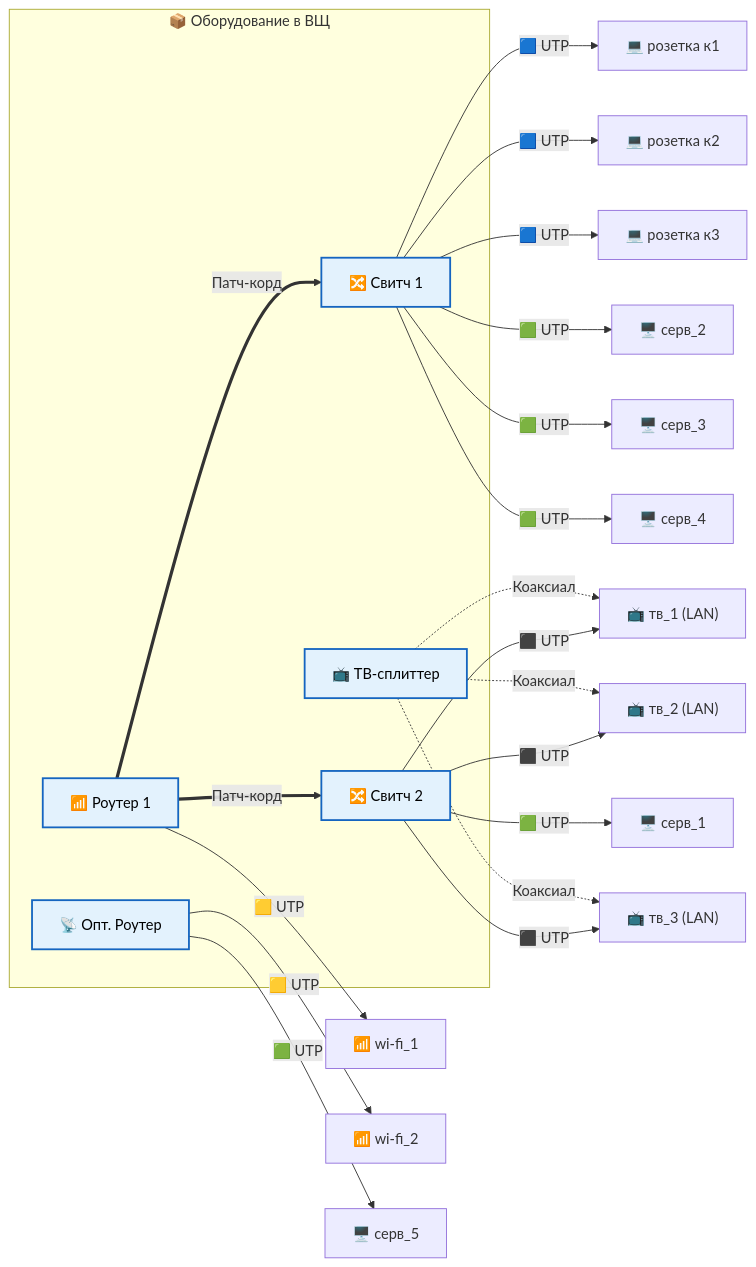
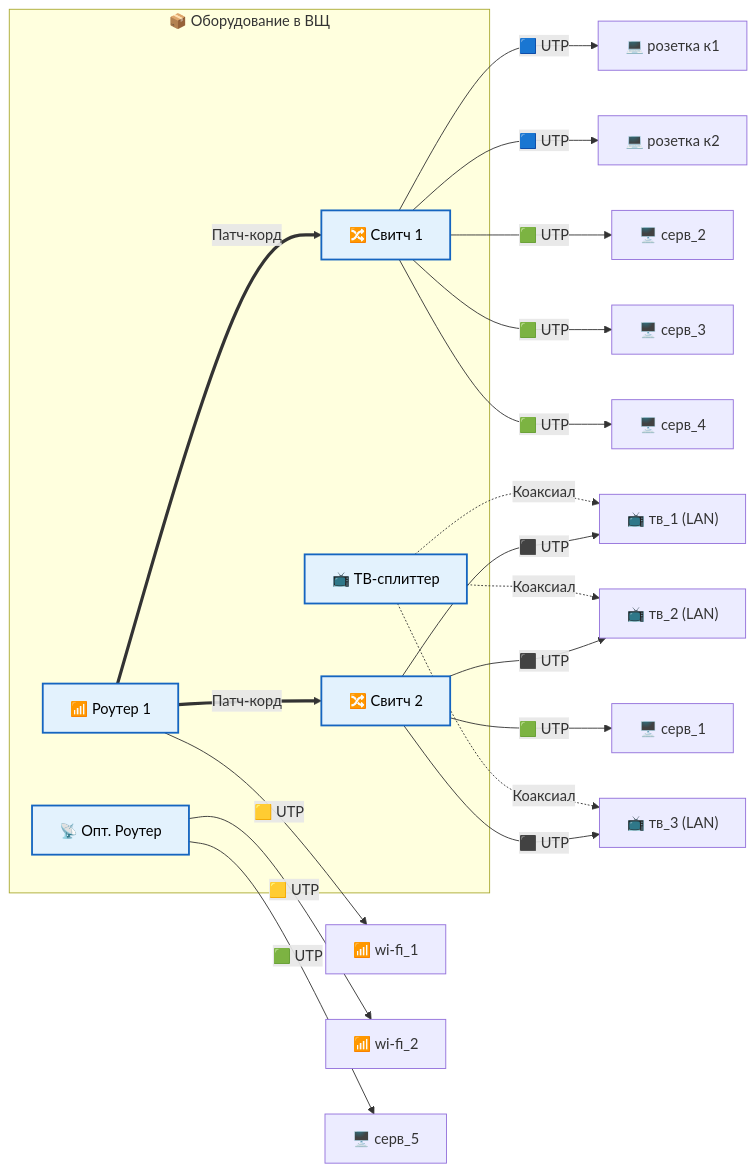
The second of 2 diagrams in shema_lan_v4.md (BosenkoTM/lan_msc_26), drawn with Mermaid before and after one commit. The commit also changed other lines of this file, not shown here.

````diff
--- a/shema_lan_v4.md
+++ b/shema_lan_v4.md
@@ -170,43 +170,42 @@
 ```mermaid
 flowchart LR
     subgraph VSH["📦 Оборудование в ВЩ"]
         R1["📶 Роутер 1"]
         ONT["📡 Опт. Роутер"]
         SW1["🔀 Свитч 1"]
         SW2["🔀 Свитч 2"]
         SPL["📺 ТВ-сплиттер"]
     end
 
     %% Межблочные связи в щите
     R1 ==>|"Патч-корд"| SW1
     R1 ==>|"Патч-корд"| SW2
 
     %% Прямые линии от Роутера 1
     R1 -->|"🟨 UTP"| AP1["📶 wi-fi_1"]
 
     %% Линии от Оптического роутера (РТК)
     ONT -->|"🟨 UTP"| AP2["📶 wi-fi_2"]
     ONT -->|"🟩 UTP"| S5["🖥️ серв_5"]
 
     %% Линии от Свитча 1 (Компы и серверы)
     SW1 -->|"🟦 UTP"| K1["💻 розетка к1"]
     SW1 -->|"🟦 UTP"| K2["💻 розетка к2"]
-    SW1 -->|"🟦 UTP"| K3["💻 розетка к3"]
     SW1 -->|"🟩 UTP"| S2["🖥️ серв_2"]
     SW1 -->|"🟩 UTP"| S3["🖥️ серв_3"]
     SW1 -->|"🟩 UTP"| S04["🖥️ серв_4"]
 
     %% Линии от Свитча 2 (ТВ и сервер 1)
     SW2 -->|"⬛ UTP"| TV1["📺 тв_1 (LAN)"]
     SW2 -->|"⬛ UTP"| TV2["📺 тв_2 (LAN)"]
     SW2 -->|"⬛ UTP"| TV3["📺 тв_3 (LAN)"]
     SW2 -->|"🟩 UTP"| S1["🖥️ серв_1"]
 
     %% Коаксиальное ТВ
     SPL -.->|"Коаксиал"| TV1
     SPL -.->|"Коаксиал"| TV2
     SPL -.->|"Коаксиал"| TV3
 
     classDef box fill:#e3f2fd,stroke:#1565c0,stroke-width:2px,color:#000
     class R1,SW1,SW2,ONT,SPL box
 ```
````
